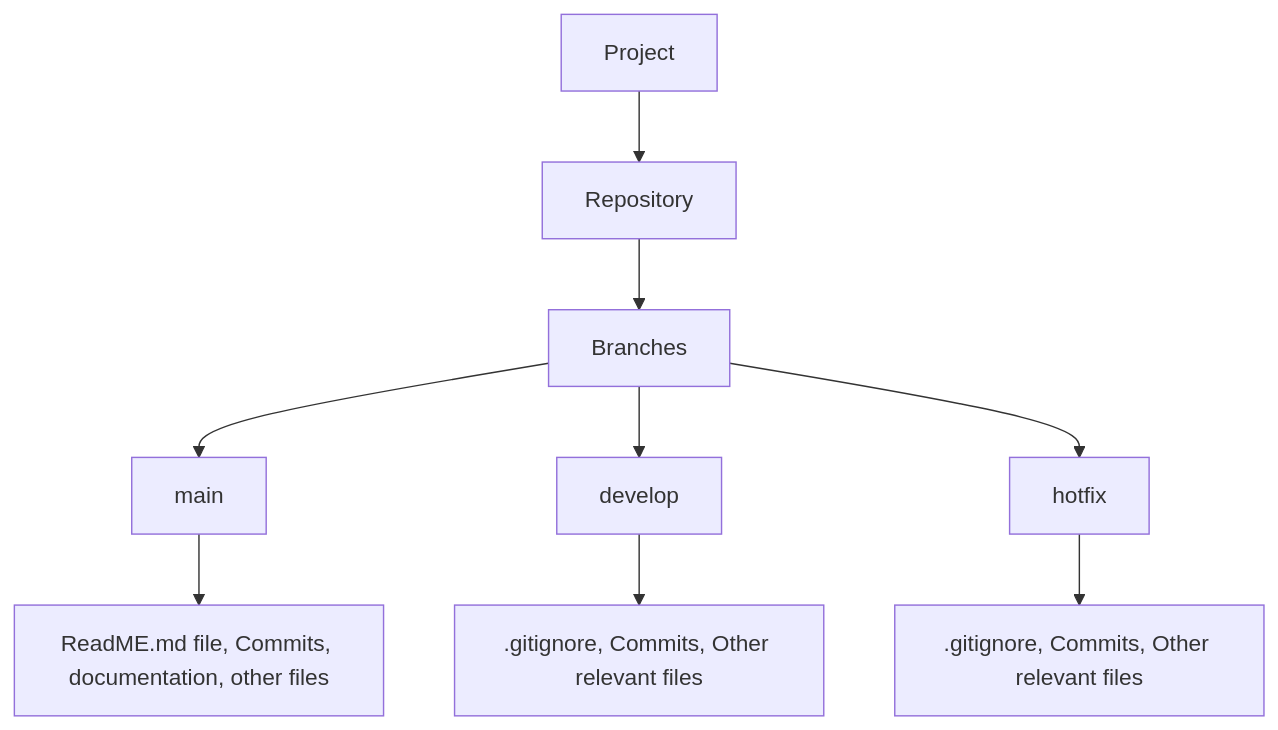
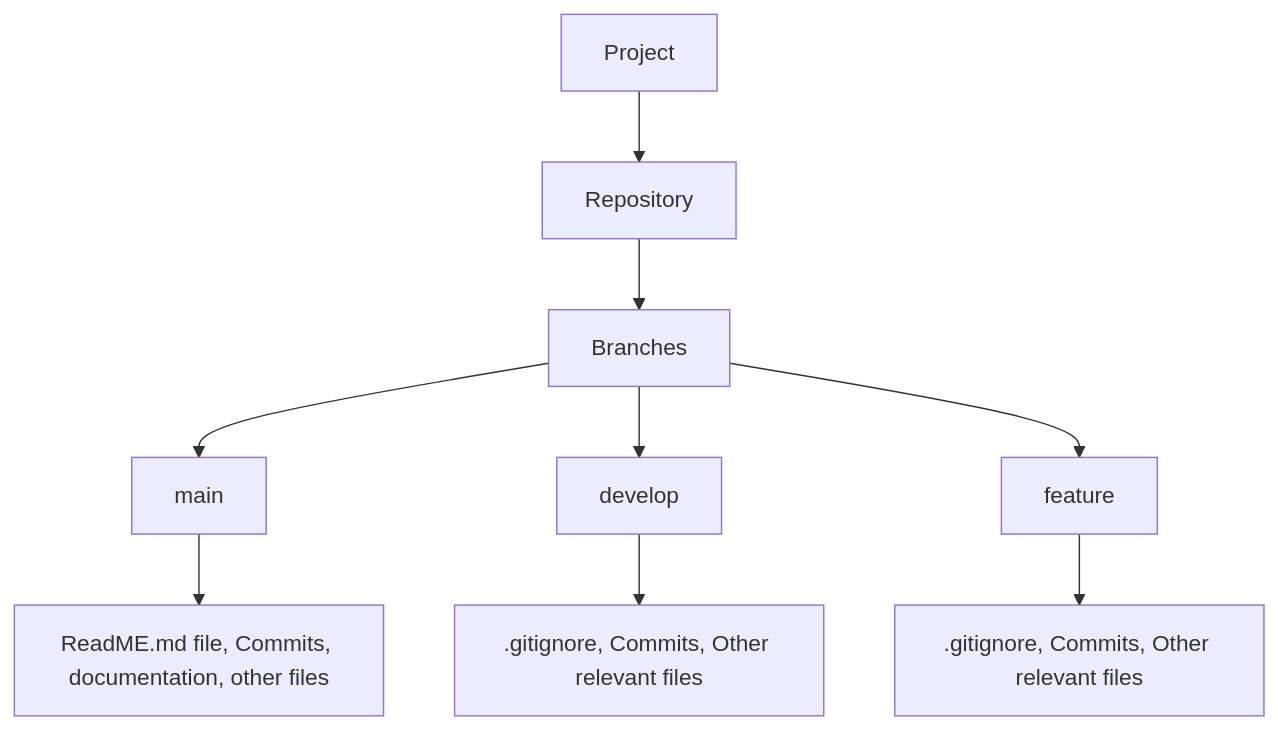
Before and after one commit to angeliiqpearl/CMPG-323-Overview-38148900: the diagram in README.md, drawn with Mermaid. The commit also changed other lines of this file, not shown here.

````diff
--- a/README.md
+++ b/README.md
@@ -17,12 +17,12 @@
 ```mermaid
 flowchart
 A[Project] --> B[Repository]
 B --> C[Branches]
 C --> D[main]
 C --> E[develop]
-C --> F[hotfix]
+C --> F[feature]
 D --> G[ReadME.md file, Commits, documentation, other files]
 E --> H[.gitignore, Commits, Other relevant files]
 F --> I[.gitignore, Commits, Other relevant files]
 
 ```
````
